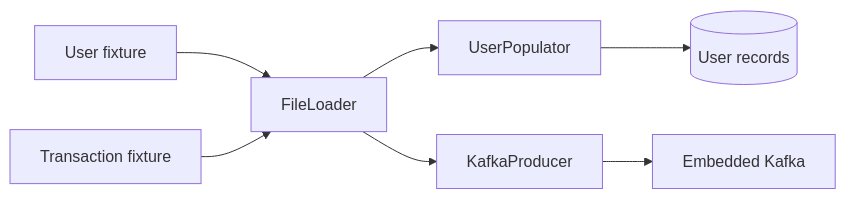
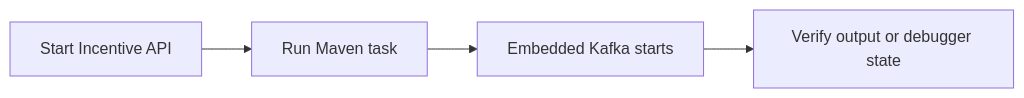
The fourth of 4 diagrams in docs/testing-and-runbook.md (SidheshwarSarangal/forage-midas), drawn with Mermaid before and after one commit. The commit also changed other lines of this file and 4 other files, not shown here.

````diff
--- a/docs/testing-and-runbook.md
+++ b/docs/testing-and-runbook.md
@@ -89,9 +61,6 @@
 ```mermaid
 flowchart LR
-    UF[User fixture] --> FL[FileLoader]
-    FL --> UP[UserPopulator]
-    UP --> DB[(User records)]
-    TF[Transaction fixture] --> FL
-    FL --> KP[KafkaProducer]
-    KP --> EK[Embedded Kafka]
+    J[Start Incentive API] --> M[Run Maven task]
+    M --> K[Embedded Kafka starts]
+    K --> V[Verify output or debugger state]
 ```
````
